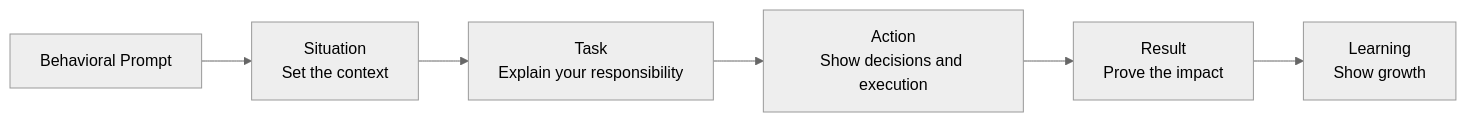
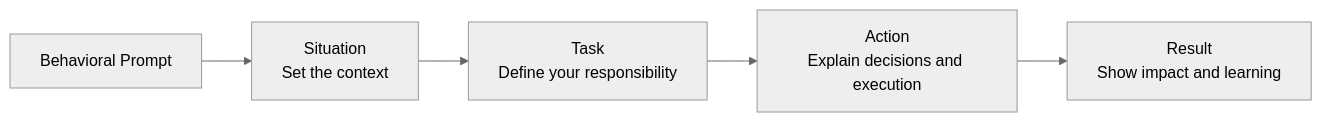
One commit to AvadhBhalodiya/Interview-Preparation changed the first of 4 diagrams in src/content/behavioral/star-method.md. Above: the diagram before and after it, drawn with Mermaid (neutral theme). The commit also changed other lines of this file and 54 other files, not shown here.

````diff
--- a/src/content/behavioral/star-method.md
+++ b/src/content/behavioral/star-method.md
@@ -21,8 +22,7 @@
 ```mermaid
 flowchart LR
     Q[Behavioral Prompt] --> S[Situation<br/>Set the context]
-    S --> T[Task<br/>Explain your responsibility]
-    T --> A[Action<br/>Show decisions and execution]
-    A --> R[Result<br/>Prove the impact]
-    R --> L[Learning<br/>Show growth]
+    S --> T[Task<br/>Define your responsibility]
+    T --> A[Action<br/>Explain decisions and execution]
+    A --> R[Result<br/>Show impact and learning]
 ```
````
